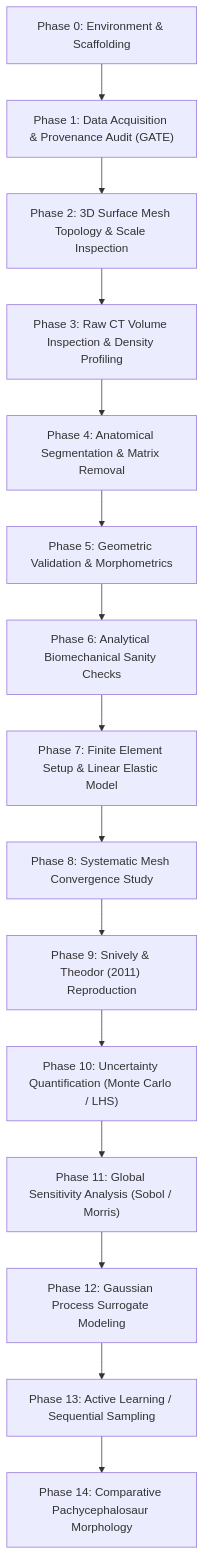
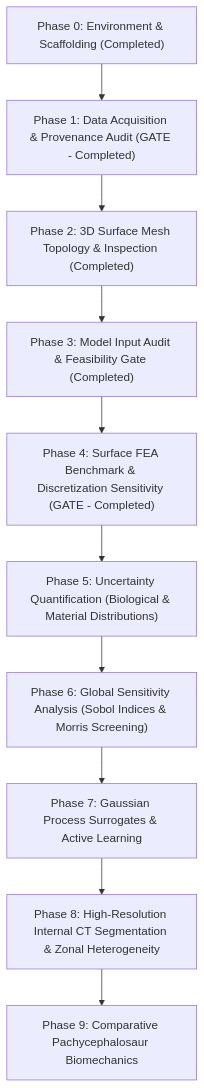
Before and after one commit to mdhornstein/pachycephalosaur-biomechanics: the diagram in PLAN.md, drawn with Mermaid. The commit also changed other lines of this file and 27 other files, not shown here.

First line of the commit message:
feat(fea): decouple simulation from plotting, implement independent tier solves, and verify convergence

````diff
--- a/PLAN.md
+++ b/PLAN.md
@@ -32,17 +32,12 @@
 ```mermaid
 flowchart TD
-    P0["Phase 0: Environment & Scaffolding"] --> P1["Phase 1: Data Acquisition & Provenance Audit (GATE)"]
-    P1 --> P2["Phase 2: 3D Surface Mesh Topology & Scale Inspection"]
-    P2 --> P3["Phase 3: Raw CT Volume Inspection & Density Profiling"]
-    P3 --> P4["Phase 4: Anatomical Segmentation & Matrix Removal"]
-    P4 --> P5["Phase 5: Geometric Validation & Morphometrics"]
-    P5 --> P6["Phase 6: Analytical Biomechanical Sanity Checks"]
-    P6 --> P7["Phase 7: Finite Element Setup & Linear Elastic Model"]
-    P7 --> P8["Phase 8: Systematic Mesh Convergence Study"]
-    P8 --> P9["Phase 9: Snively & Theodor (2011) Reproduction"]
-    P9 --> P10["Phase 10: Uncertainty Quantification (Monte Carlo / LHS)"]
-    P10 --> P11["Phase 11: Global Sensitivity Analysis (Sobol / Morris)"]
-    P11 --> P12["Phase 12: Gaussian Process Surrogate Modeling"]
-    P12 --> P13["Phase 13: Active Learning / Sequential Sampling"]
-    P13 --> P14["Phase 14: Comparative Pachycephalosaur Morphology"]
+    P0["Phase 0: Environment & Scaffolding (Completed)"] --> P1["Phase 1: Data Acquisition & Provenance Audit (GATE - Completed)"]
+    P1 --> P2["Phase 2: 3D Surface Mesh Topology & Inspection (Completed)"]
+    P2 --> P3["Phase 3: Model Input Audit & Feasibility Gate (Completed)"]
+    P3 --> P4["Phase 4: Surface FEA Benchmark & Discretization Sensitivity (GATE - Completed)"]
+    P4 --> P5["Phase 5: Uncertainty Quantification (Biological & Material Distributions)"]
+    P5 --> P6["Phase 6: Global Sensitivity Analysis (Sobol Indices & Morris Screening)"]
+    P6 --> P7["Phase 7: Gaussian Process Surrogates & Active Learning"]
+    P7 --> P8["Phase 8: High-Resolution Internal CT Segmentation & Zonal Heterogeneity"]
+    P8 --> P9["Phase 9: Comparative Pachycephalosaur Biomechanics"]
 ```
````
